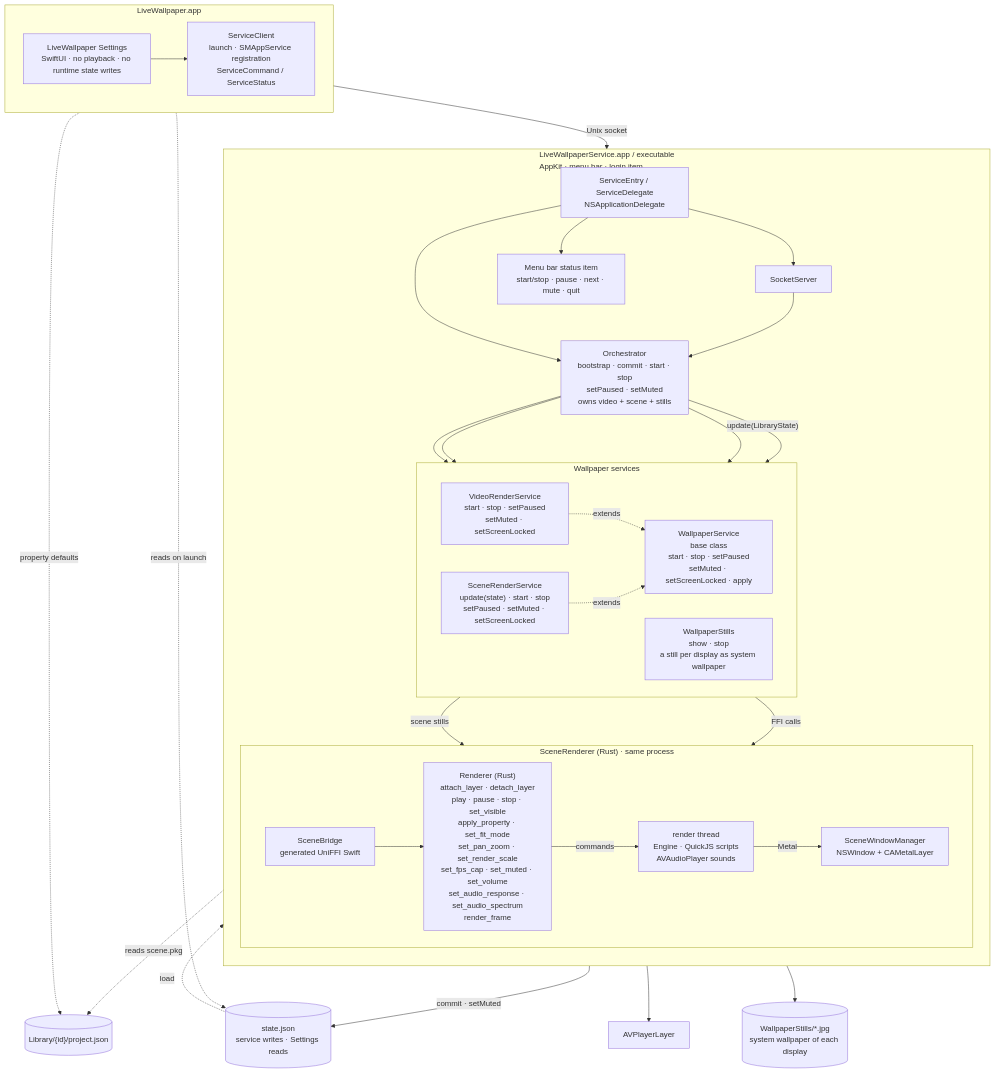
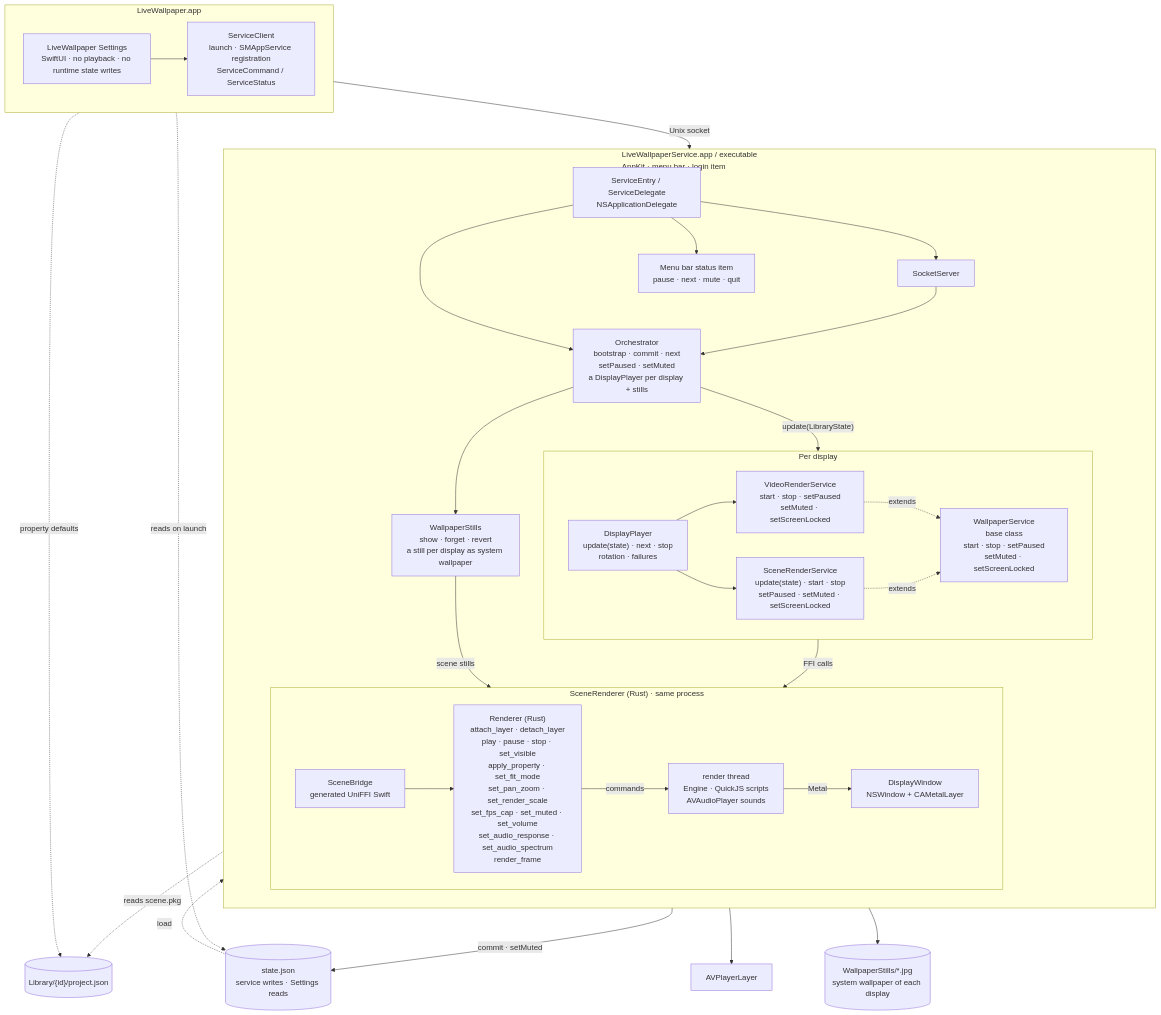
The diagram in ARCHITECTURE.md (Keksuccino/LiveWallpaper), drawn with Mermaid before and after one commit. The commit also changed other lines of this file and 25 other files, not shown here.

First line of the commit message:
Give every display its own wallpaper and settings

````diff
--- a/ARCHITECTURE.md
+++ b/ARCHITECTURE.md
@@ -14,63 +14,64 @@
 ```mermaid
 flowchart TB
     subgraph APP["LiveWallpaper.app"]
         direction LR
         UI["LiveWallpaper Settings<br/>SwiftUI · no playback · no runtime state writes"]
         CLIENT["ServiceClient<br/>launch · SMAppService registration<br/>ServiceCommand / ServiceStatus"]
         UI --> CLIENT
     end
 
     subgraph SERVICE["LiveWallpaperService.app / executable<br/>AppKit · menu bar · login item"]
         direction TB
         ENTRY["ServiceEntry / ServiceDelegate<br/>NSApplicationDelegate"]
         SOCK["SocketServer"]
-        ORCH["Orchestrator<br/>bootstrap · commit · start · stop<br/>setPaused · setMuted<br/>owns video + scene + stills"]
-        MENU["Menu bar status item<br/>start/stop · pause · next · mute · quit"]
+        ORCH["Orchestrator<br/>bootstrap · commit · next<br/>setPaused · setMuted<br/>a DisplayPlayer per display + stills"]
+        MENU["Menu bar status item<br/>pause · next · mute · quit"]
 
-        subgraph PLAY["Wallpaper services"]
+        subgraph PLAY["Per display"]
             direction LR
-            BASE["WallpaperService<br/>base class<br/>start · stop · setPaused<br/>setMuted · setScreenLocked · apply"]
+            PLAYER["DisplayPlayer<br/>update(state) · next · stop<br/>rotation · failures"]
+            BASE["WallpaperService<br/>base class<br/>start · stop · setPaused<br/>setMuted · setScreenLocked"]
             VIDEO["VideoRenderService<br/>start · stop · setPaused<br/>setMuted · setScreenLocked"]
             SCENE["SceneRenderService<br/>update(state) · start · stop<br/>setPaused · setMuted · setScreenLocked"]
-            STILLS["WallpaperStills<br/>show · stop<br/>a still per display as system wallpaper"]
         end
+        STILLS["WallpaperStills<br/>show · forget · revert<br/>a still per display as system wallpaper"]
 
         subgraph RUST["SceneRenderer (Rust) · same process"]
             direction LR
             FFI["SceneBridge<br/>generated UniFFI Swift"]
             API["Renderer (Rust)<br/>attach_layer · detach_layer<br/>play · pause · stop · set_visible<br/>apply_property · set_fit_mode<br/>set_pan_zoom · set_render_scale<br/>set_fps_cap · set_muted · set_volume<br/>set_audio_response · set_audio_spectrum<br/>render_frame"]
             THREAD["render thread<br/>Engine · QuickJS scripts<br/>AVAudioPlayer sounds"]
-            WINDOW["SceneWindowManager<br/>NSWindow + CAMetalLayer"]
+            WINDOW["DisplayWindow<br/>NSWindow + CAMetalLayer"]
         end
 
         ENTRY --> SOCK
         ENTRY --> ORCH
         ENTRY --> MENU
         SOCK --> ORCH
-        ORCH --> VIDEO
-        ORCH --> SCENE
+        ORCH -->|"update(LibraryState)"| PLAYER
+        PLAYER --> VIDEO
+        PLAYER --> SCENE
         ORCH --> STILLS
         STILLS -->|"scene stills"| FFI
-        ORCH -->|"update(LibraryState)"| SCENE
         VIDEO -.->|extends| BASE
         SCENE -.->|extends| BASE
         SCENE -->|"FFI calls"| FFI
         FFI --> API
         API -->|"commands"| THREAD
         THREAD -->|"Metal"| WINDOW
     end
 
     STATE[("state.json<br/>service writes · Settings reads")]
     PROJECT[("Library/{id}/project.json")]
     STILLFILES[("WallpaperStills/*.jpg<br/>system wallpaper of each display")]
     AV["AVPlayerLayer"]
 
     CLIENT -->|"Unix socket"| SOCK
     UI -.->|"reads on launch"| STATE
     UI -.->|"property defaults"| PROJECT
     ORCH -->|"commit · setMuted"| STATE
     STATE -.->|"load"| ORCH
     THREAD -.->|"reads scene.pkg"| PROJECT
     VIDEO --> AV
     STILLS --> STILLFILES
 ```
````
